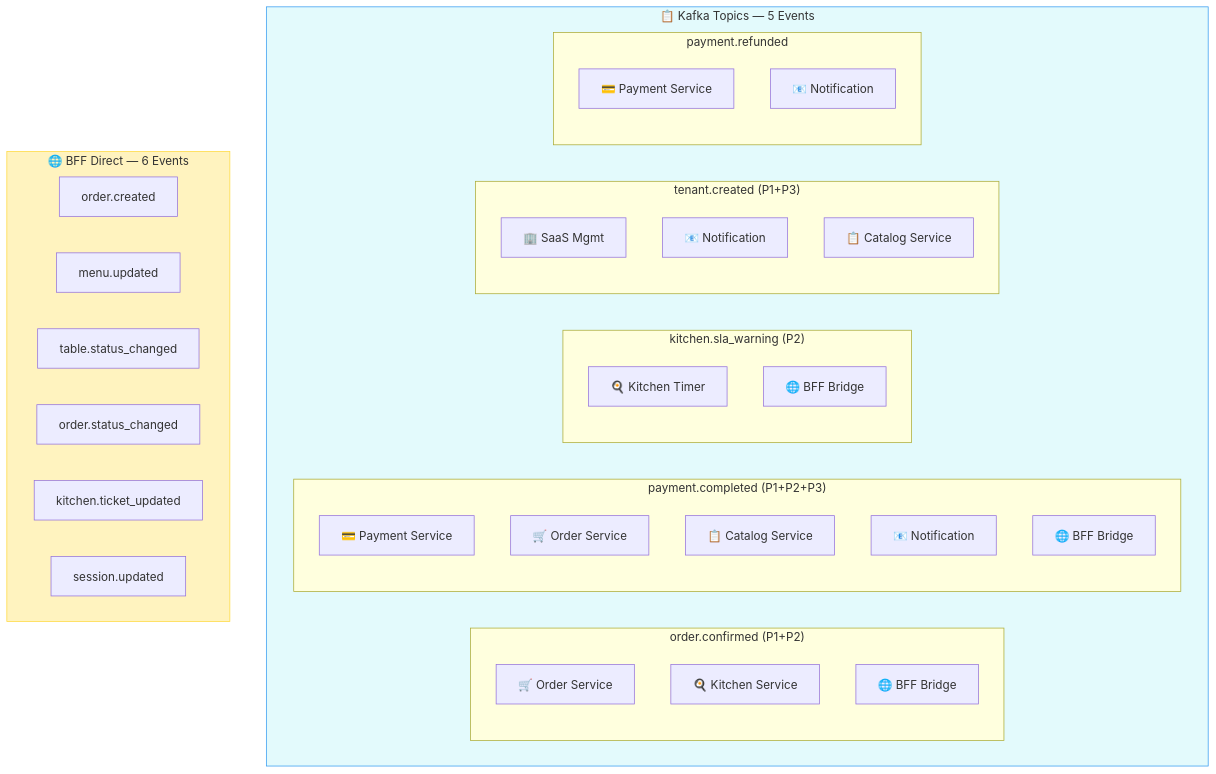
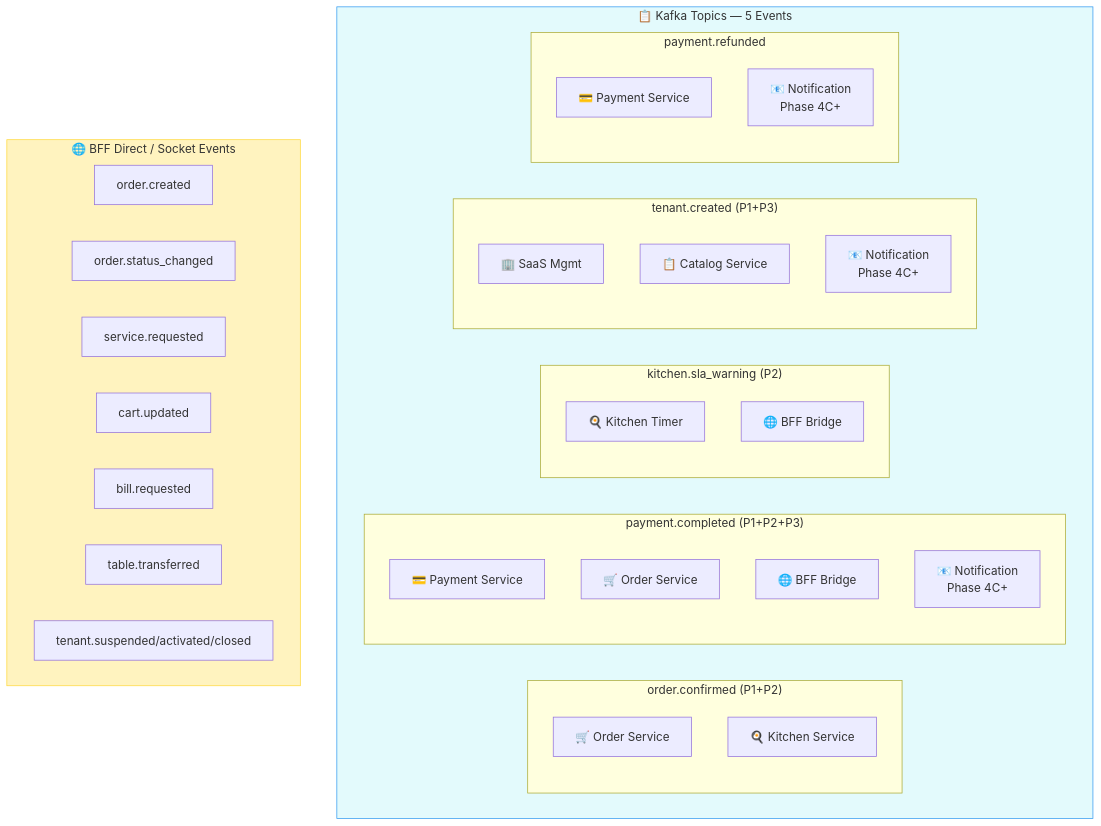
Before and after one commit to quan-vo-dinh/saas-pos-microservices-qrtable: diagram 27 of 38 in docs/guides/kafka-qrtable.md, drawn with Mermaid. The commit also changed other lines of this file and 10 other files, not shown here.

````diff
--- a/docs/guides/kafka-qrtable.md
+++ b/docs/guides/kafka-qrtable.md
@@ -1226,42 +1230,41 @@
 ```mermaid
 graph TB
     subgraph KAFKA_EVENTS["📋 Kafka Topics — 5 Events"]
         subgraph T1["order.confirmed (P1+P2)"]
             T1_PROD["🛒 Order Service"]
             T1_CONS1["🍳 Kitchen Service"]
-            T1_CONS2["🌐 BFF Bridge"]
         end
         subgraph T2["payment.completed (P1+P2+P3)"]
             T2_PROD["💳 Payment Service"]
             T2_CONS1["🛒 Order Service"]
-            T2_CONS2["📋 Catalog Service"]
-            T2_CONS3["📧 Notification"]
-            T2_CONS4["🌐 BFF Bridge"]
+            T2_CONS2["🌐 BFF Bridge"]
+            T2_CONS3["📧 Notification<br/>Phase 4C+"]
         end
         subgraph T3["kitchen.sla_warning (P2)"]
             T3_PROD["🍳 Kitchen Timer"]
             T3_CONS1["🌐 BFF Bridge"]
         end
         subgraph T4["tenant.created (P1+P3)"]
             T4_PROD["🏢 SaaS Mgmt"]
-            T4_CONS1["📧 Notification"]
-            T4_CONS2["📋 Catalog Service"]
+            T4_CONS1["📋 Catalog Service"]
+            T4_CONS2["📧 Notification<br/>Phase 4C+"]
         end
         subgraph T5["payment.refunded"]
             T5_PROD["💳 Payment Service"]
-            T5_CONS1["📧 Notification"]
+            T5_CONS1["📧 Notification<br/>Phase 4C+"]
         end
     end
 
-    subgraph BFF_EVENTS["🌐 BFF Direct — 6 Events"]
+    subgraph BFF_EVENTS["🌐 BFF Direct / Socket Events"]
         BE1["order.created"]
-        BE2["menu.updated"]
-        BE3["table.status_changed"]
-        BE4["order.status_changed"]
-        BE5["kitchen.ticket_updated"]
-        BE6["session.updated"]
+        BE2["order.status_changed"]
+        BE3["service.requested"]
+        BE4["cart.updated"]
+        BE5["bill.requested"]
+        BE6["table.transferred"]
+        BE7["tenant.suspended/activated/closed"]
     end
 
     style KAFKA_EVENTS fill:#e3fafc,stroke:#339af0
     style BFF_EVENTS fill:#fff3bf,stroke:#ffd93d
 ```
````
